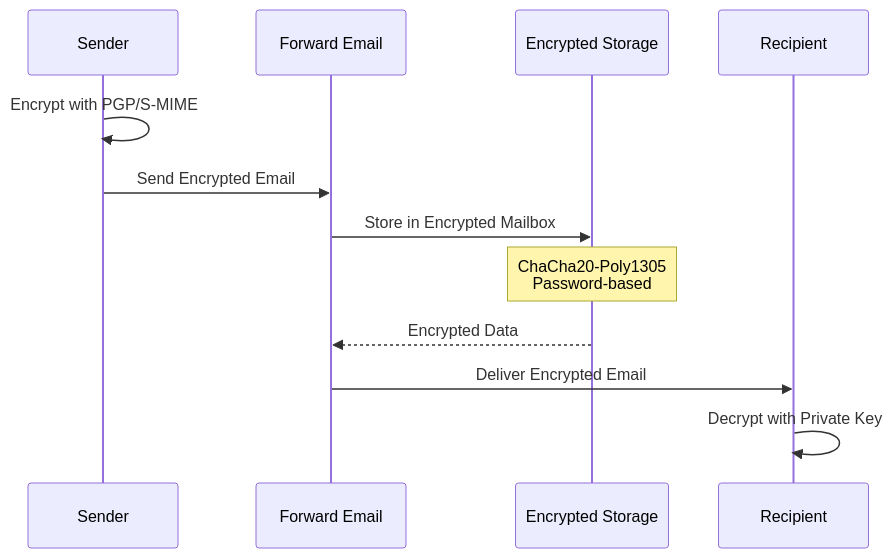
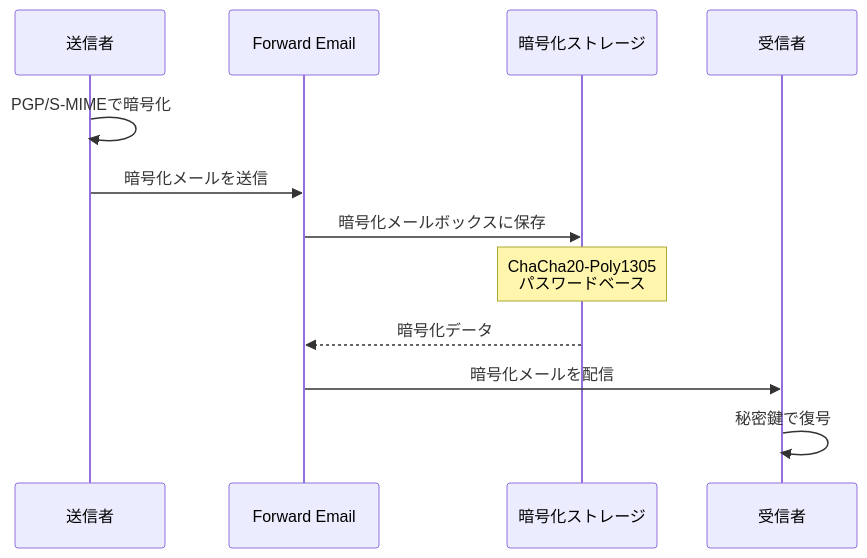
Before and after one commit to forwardemail/forwardemail.net: the seventh of 16 diagrams in app/views/docs/email-protocols-rfc-compliance-imap-smtp-pop3-comparison/index-ja.md, drawn with Mermaid. The commit also changed other lines of this file and 1055 other files, not shown here.

````diff
--- a/app/views/docs/email-protocols-rfc-compliance-imap-smtp-pop3-comparison/index-ja.md
+++ b/app/views/docs/email-protocols-rfc-compliance-imap-smtp-pop3-comparison/index-ja.md
@@ -896,15 +888,15 @@
 ```mermaid
 sequenceDiagram
-    participant Sender as Sender
+    participant Sender as 送信者
     participant FE as Forward Email
-    participant Storage as Encrypted Storage
-    participant Recipient as Recipient
+    participant Storage as 暗号化ストレージ
+    participant Recipient as 受信者
 
-    Sender->>Sender: Encrypt with PGP/S-MIME
-    Sender->>FE: Send Encrypted Email
-    FE->>Storage: Store in Encrypted Mailbox
-    Note over Storage: ChaCha20-Poly1305<br/>Password-based
-    Storage-->>FE: Encrypted Data
-    FE->>Recipient: Deliver Encrypted Email
-    Recipient->>Recipient: Decrypt with Private Key
+    Sender->>Sender: PGP/S-MIMEで暗号化
+    Sender->>FE: 暗号化メールを送信
+    FE->>Storage: 暗号化メールボックスに保存
+    Note over Storage: ChaCha20-Poly1305<br/>パスワードベース
+    Storage-->>FE: 暗号化データ
+    FE->>Recipient: 暗号化メールを配信
+    Recipient->>Recipient: 秘密鍵で復号
 ```
````
